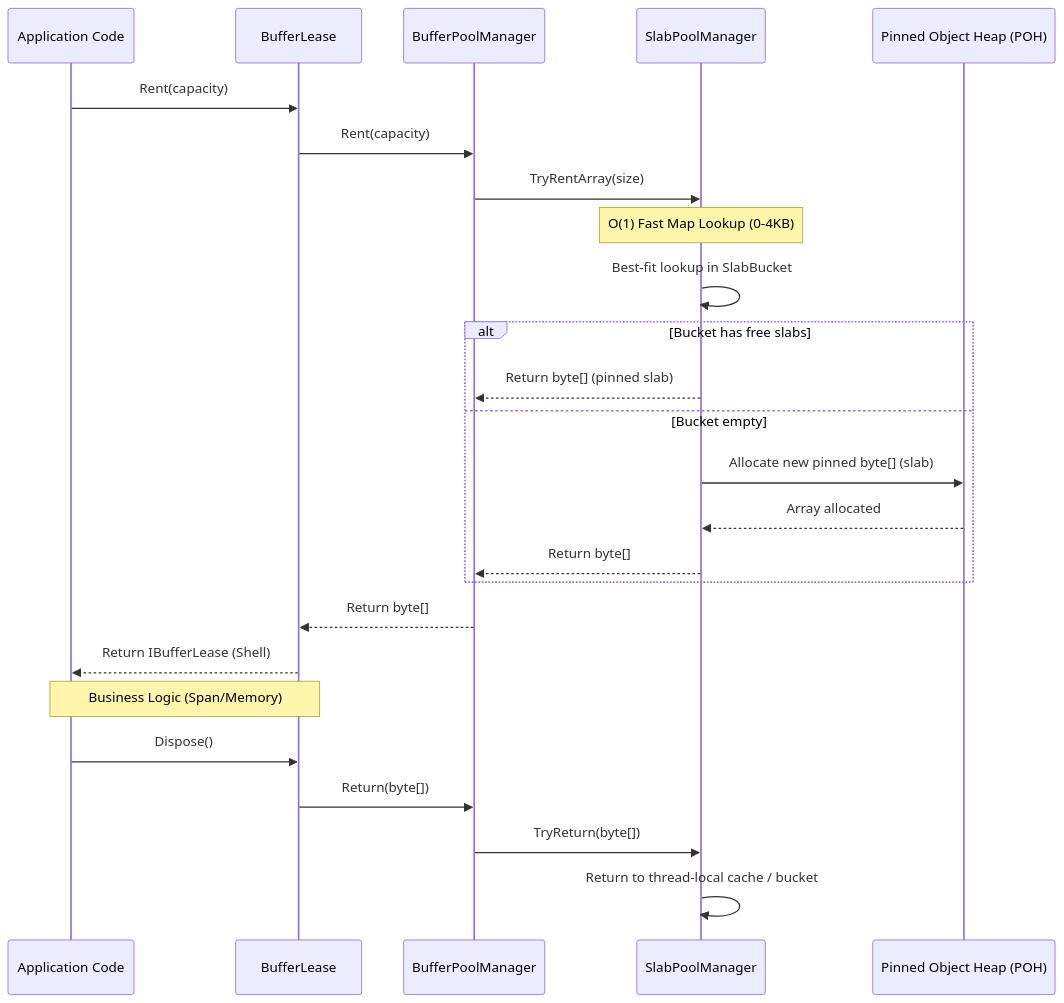
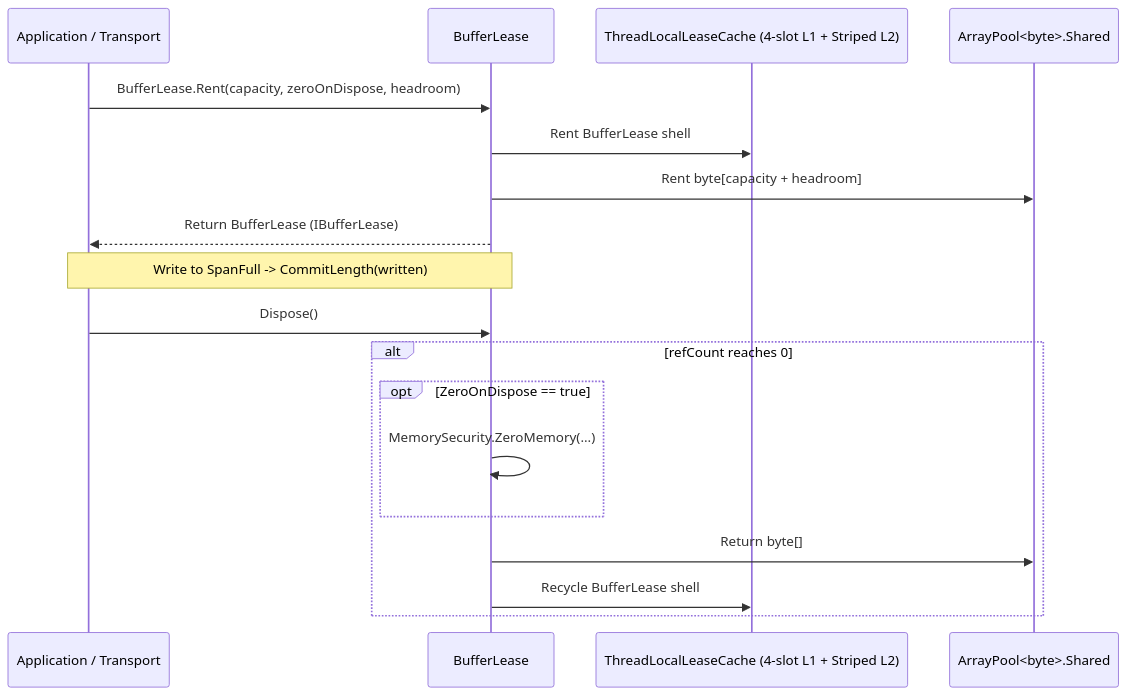
One commit to ppn-systems/nalix-docs changed the diagram in src/content/docs/en-us/api/environment/memory/buffer-management.md. Above: the diagram before and after it, drawn with Mermaid. The commit also changed other lines of this file and 180 other files, not shown here.

````diff
--- a/src/content/docs/en-us/api/environment/memory/buffer-management.md
+++ b/src/content/docs/en-us/api/environment/memory/buffer-management.md
@@ -14,32 +20,21 @@
 ```mermaid
 sequenceDiagram
-    participant App as Application Code
+    participant App as Application / Transport
     participant Lease as BufferLease
-    participant Manager as BufferPoolManager
-    participant SlabPool as SlabPoolManager
-    participant OS as Pinned Object Heap (POH)
+    participant ShellCache as ThreadLocalLeaseCache (4-slot L1 + Striped L2)
+    participant Pool as ArrayPool<byte>.Shared
 
-    App->>Lease: Rent(capacity)
-    Lease->>Manager: Rent(capacity)
-    Manager->>SlabPool: TryRentArray(size)
-    Note over SlabPool: O(1) Fast Map Lookup (0-4KB)
-    SlabPool->>SlabPool: Best-fit lookup in SlabBucket
-    
-    alt Bucket has free slabs
-        SlabPool-->>Manager: Return byte[] (pinned slab)
-    else Bucket empty
-        SlabPool->>OS: Allocate new pinned byte[] (slab)
-        OS-->>SlabPool: Array allocated
-        SlabPool-->>Manager: Return byte[]
+    App->>Lease: BufferLease.Rent(capacity, zeroOnDispose, headroom)
+    Lease->>ShellCache: Rent BufferLease shell
+    Lease->>Pool: Rent byte[capacity + headroom]
+    Lease-->>App: Return BufferLease (IBufferLease)
+    Note over App,Lease: Write to SpanFull -> CommitLength(written)
+    App->>Lease: Dispose()
+    alt refCount reaches 0
+        opt ZeroOnDispose == true
+            Lease->>Lease: MemorySecurity.ZeroMemory(...)
+        end
+        Lease->>Pool: Return byte[]
+        Lease->>ShellCache: Recycle BufferLease shell
     end
-
-    Manager-->>Lease: Return byte[]
-    Lease-->>App: Return IBufferLease (Shell)
-    
-    Note over App, Lease: Business Logic (Span/Memory)
-
-    App->>Lease: Dispose()
-    Lease->>Manager: Return(byte[])
-    Manager->>SlabPool: TryReturn(byte[])
-    SlabPool->>SlabPool: Return to thread-local cache / bucket
 ```
````
